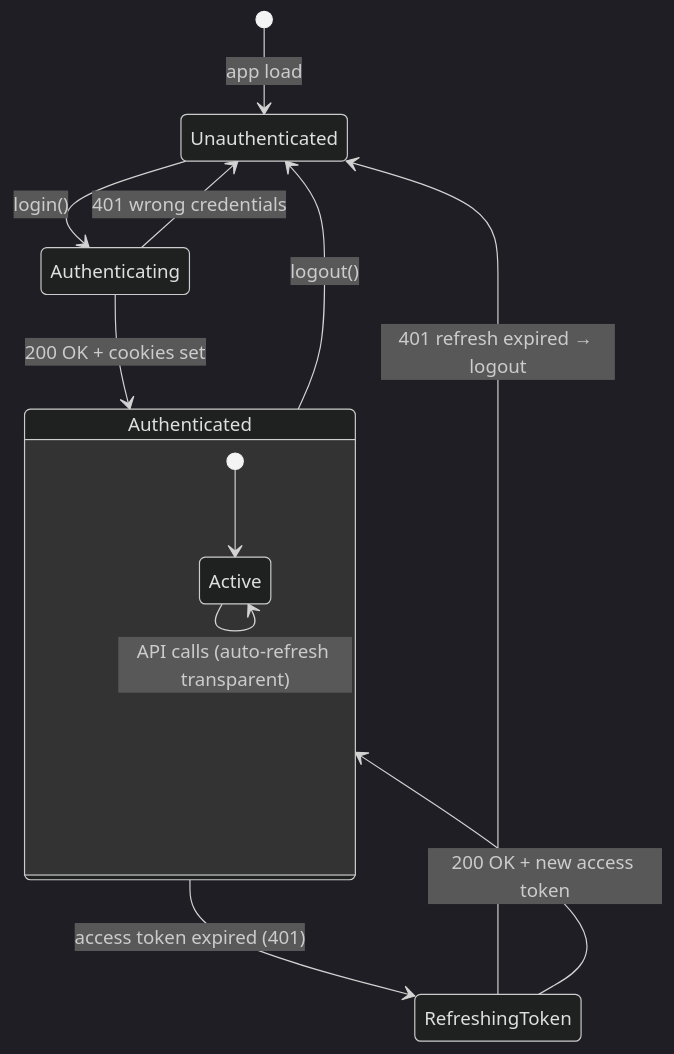
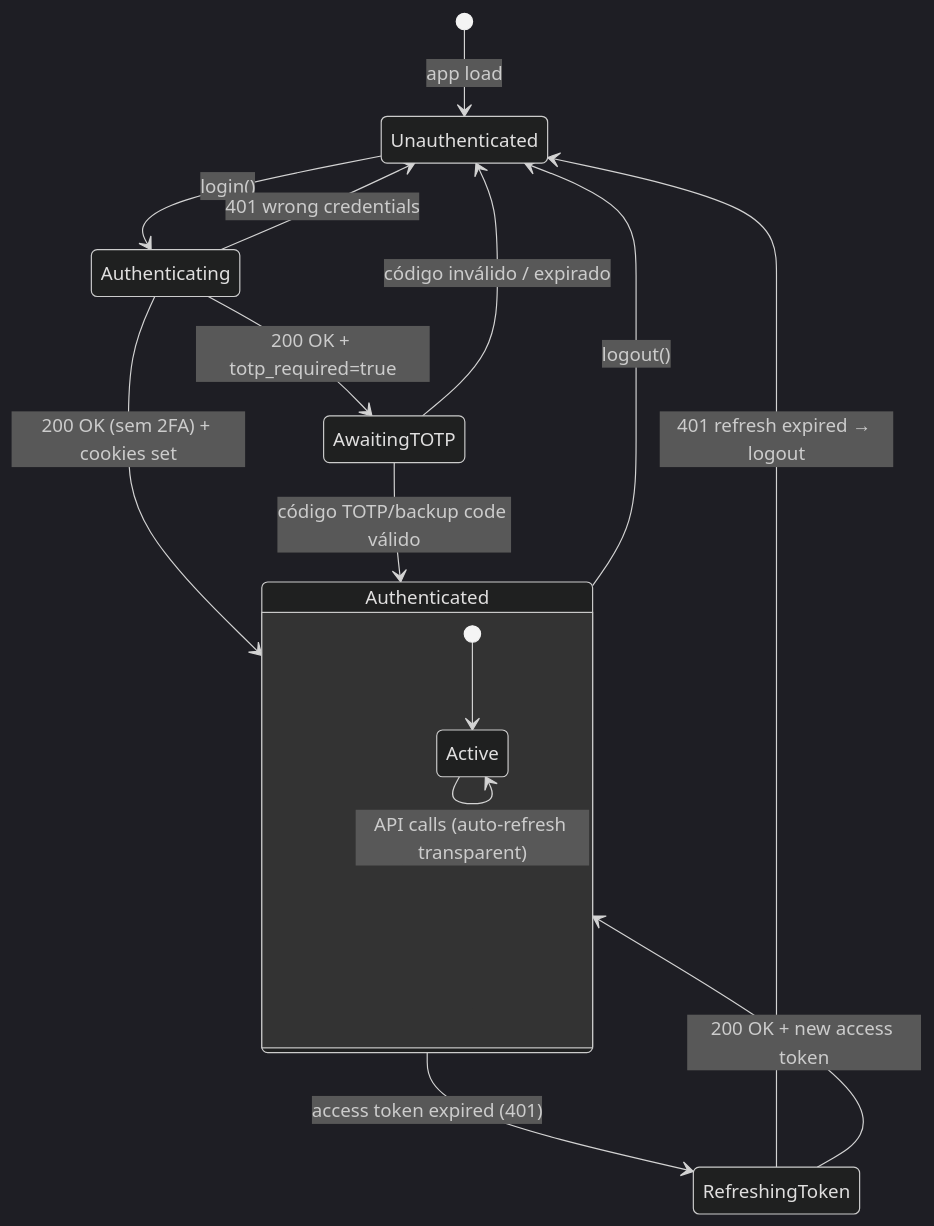
One commit to tarcisioribeiro/Axiom changed diagram 20 of 24 in documentation/architecture/diagrams.md. Above: the diagram before and after it, drawn with Mermaid (dark theme). The commit also changed other lines of this file and 5 other files, not shown here.

Commit message:
docs: updated diagrams

````diff
--- a/documentation/architecture/diagrams.md
+++ b/documentation/architecture/diagrams.md
@@ -647,19 +1678,23 @@
 ```mermaid
 stateDiagram-v2
     [*] --> Unauthenticated : app load
 
     Unauthenticated --> Authenticating : login()
-    Authenticating --> Authenticated : 200 OK + cookies set
+    Authenticating --> Authenticated : 200 OK (sem 2FA) + cookies set
+    Authenticating --> AwaitingTOTP : 200 OK + totp_required=true
     Authenticating --> Unauthenticated : 401 wrong credentials
+
+    AwaitingTOTP --> Authenticated : código TOTP/backup code válido
+    AwaitingTOTP --> Unauthenticated : código inválido / expirado
 
     Authenticated --> RefreshingToken : access token expired (401)
     RefreshingToken --> Authenticated : 200 OK + new access token
     RefreshingToken --> Unauthenticated : 401 refresh expired → logout
 
     Authenticated --> Unauthenticated : logout()
 
     state Authenticated {
         [*] --> Active
         Active --> Active : API calls (auto-refresh transparent)
     }
 ```
````
